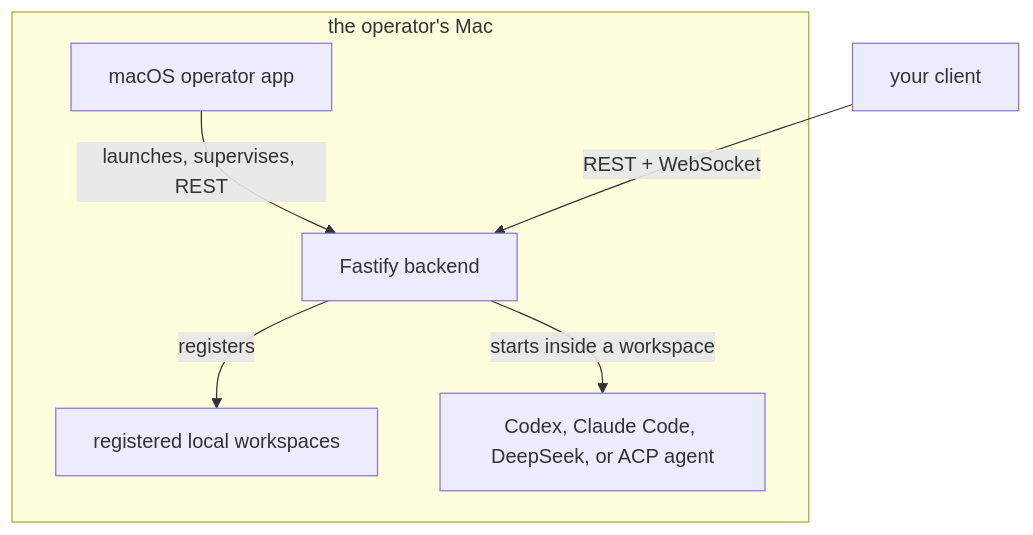
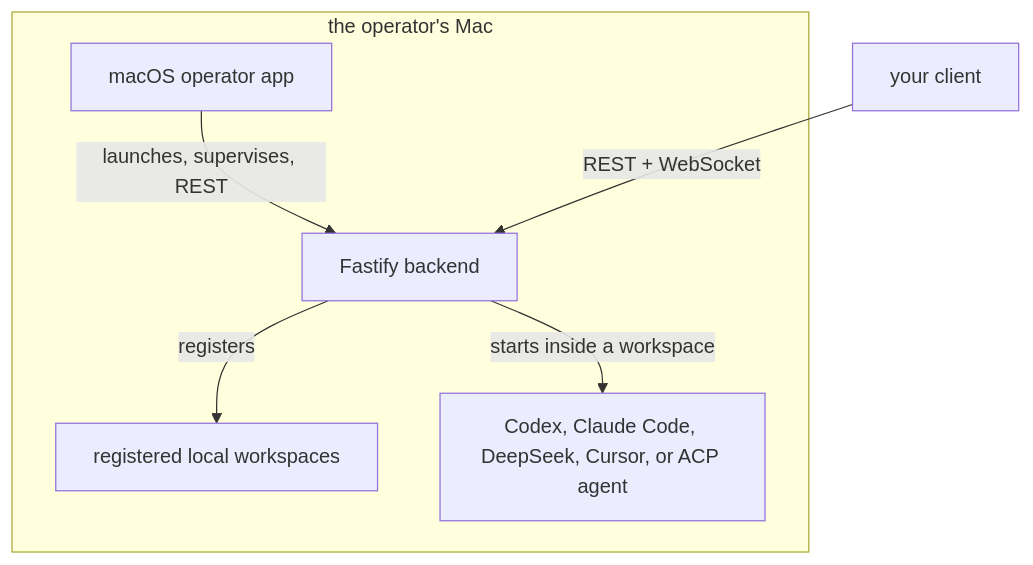
The diagram in README.md (ethics-of-ai/agent-room-server), drawn with Mermaid before and after one commit. The commit also changed other lines of this file and 58 other files, not shown here.

````diff
--- a/README.md
+++ b/README.md
@@ -20,17 +20,17 @@
 ```mermaid
 flowchart TB
     client["your client"]
 
     subgraph mac["the operator's Mac"]
         operator["macOS operator app"]
         backend["Fastify backend"]
         workspaces["registered local workspaces"]
-        agents["Codex, Claude Code, DeepSeek, or ACP agent"]
+        agents["Codex, Claude Code, DeepSeek, Cursor, or ACP agent"]
 
         operator -->|launches, supervises, REST| backend
         backend -->|registers| workspaces
         backend -->|starts inside a workspace| agents
     end
 
     client -->|REST + WebSocket| backend
 ```
````
